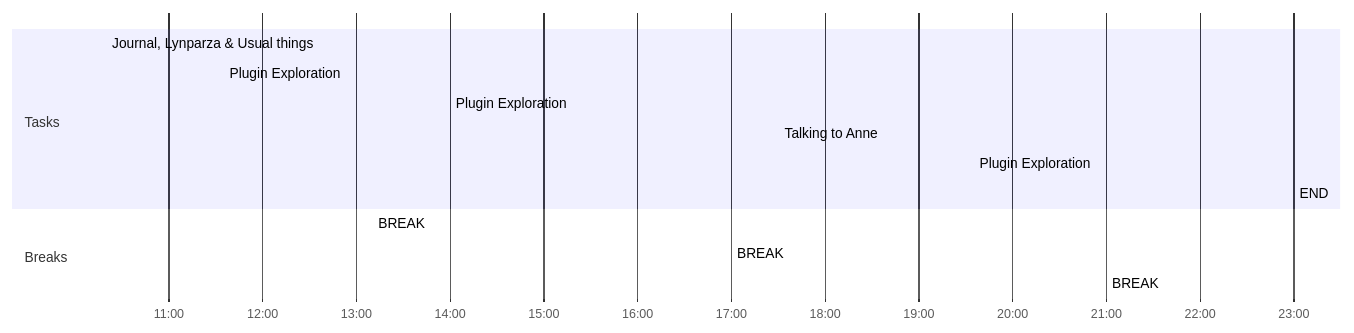
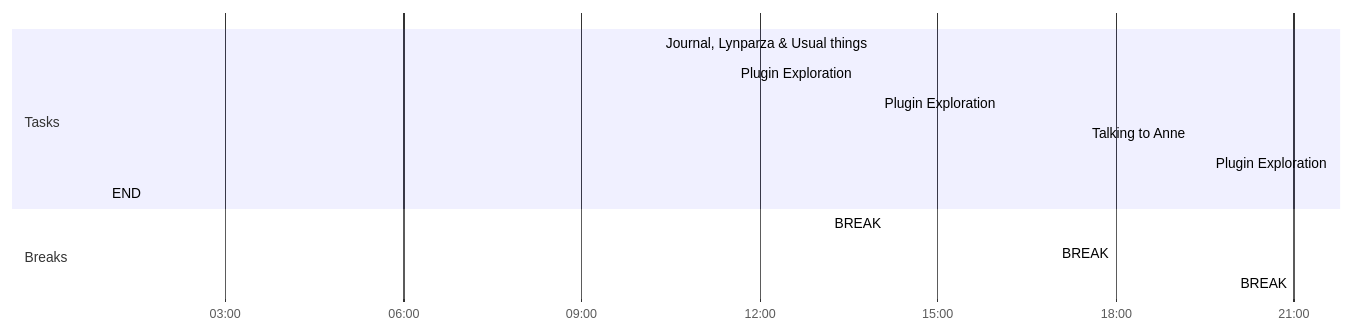
Before and after one commit to nihitkhandelwal-eng/The_Brainforest: the diagram in 🌱 Journal/2022/Quarter 2/05-May/11-May-22.md, drawn with Mermaid. The commit also changed other lines of this file and 1 other file, not shown here.

````diff
--- a/🌱 Journal/2022/Quarter 2/05-May/11-May-22.md
+++ b/🌱 Journal/2022/Quarter 2/05-May/11-May-22.md
@@ -17,17 +14,17 @@
 ```mermaid
 gantt
     dateFormat  HH-mm
     axisFormat %H:%M
-    %% Current Time: 11:59:58 PM
+    %% Current Time: 9:58:52 PM
     section Tasks
     Journal, Lynparza & Usual things     :10-20, 75mm
     Plugin Exploration     :11-35, 95mm
     Plugin Exploration     :14-00, 180mm
     Talking to Anne     :17-30, 125mm
     Plugin Exploration     :19-35, 85mm
-    END     :23-00, 0mm
+    END     :01-00, 0mm
     section Breaks
     BREAK     :13-10, 50mm
     BREAK     :17-00, 30mm
-    BREAK     :21-00, 120mm
+    BREAK     :21-00, -1200mm
 ```
````
